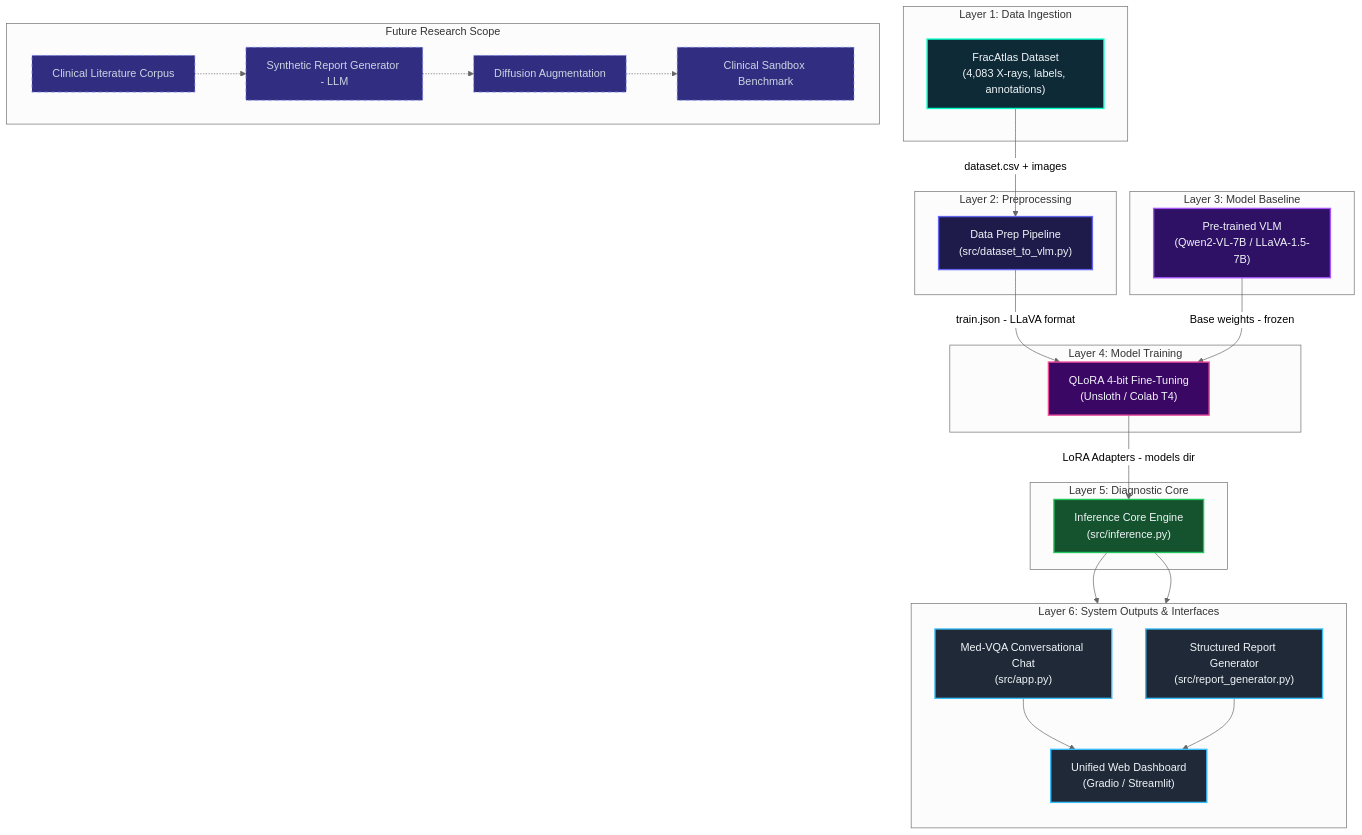
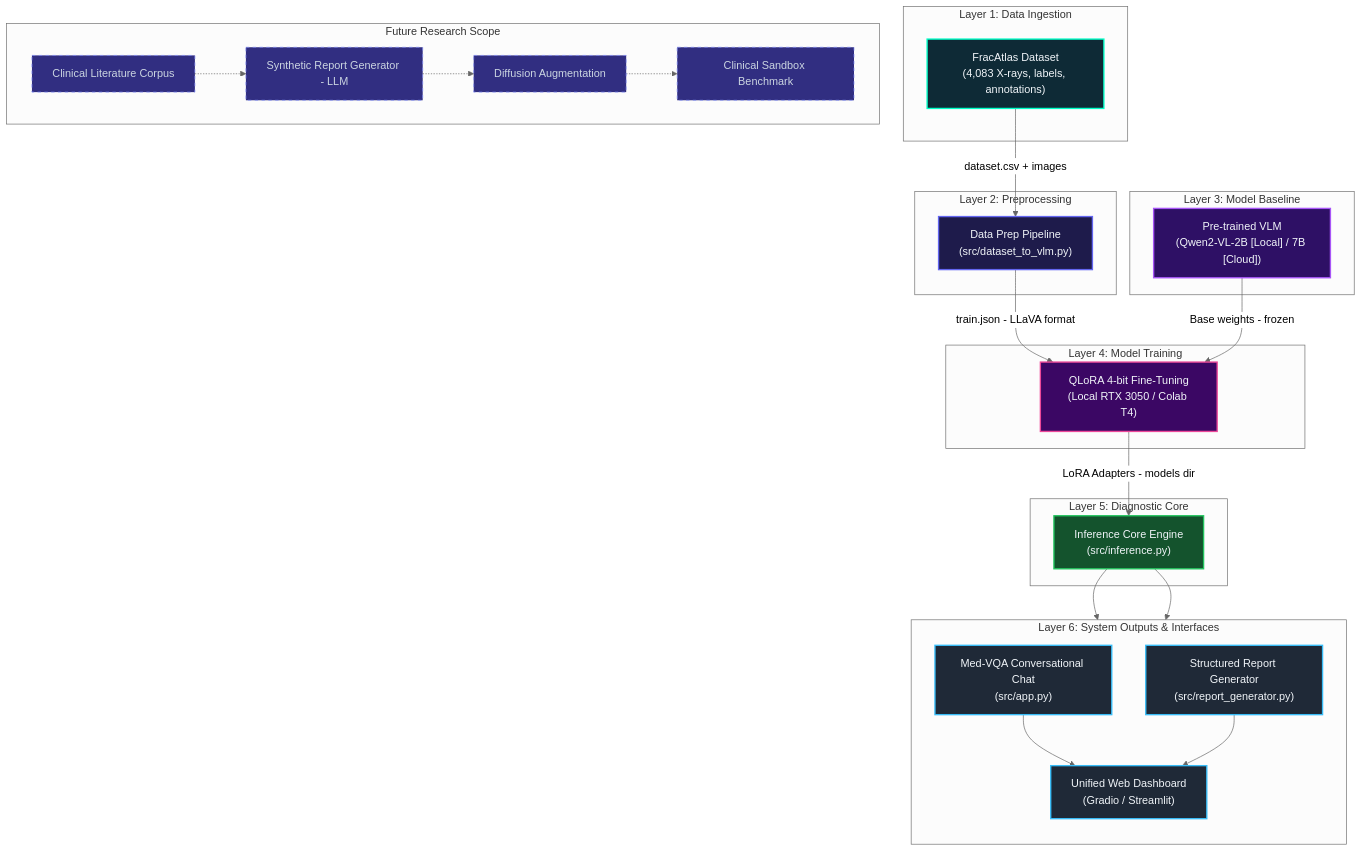
Before and after one commit to Sahanawaz233/medical-vlm-fracatlas: the diagram in ARCHITECTURE.md, drawn with Mermaid (neutral theme). The commit also changed other lines of this file and 14 other files, not shown here.

Commit message:
feat: complete VLM pipeline scaffolding, dual-engine architecture, separate live docs dashboard, and training orchestrator

````diff
--- a/ARCHITECTURE.md
+++ b/ARCHITECTURE.md
@@ -11,61 +15,61 @@
 ```mermaid
 flowchart TD
     %% Styling definitions
     classDef ingestion fill:#0e2a36,stroke:#00ffc8,stroke-width:2px,color:#f1f5f9;
     classDef preprocess fill:#1e1b4b,stroke:#6366f1,stroke-width:2px,color:#f1f5f9;
     classDef modelBase fill:#2e1065,stroke:#a855f7,stroke-width:2px,color:#f1f5f9;
     classDef training fill:#3b0764,stroke:#ec4899,stroke-width:2px,color:#f1f5f9;
     classDef inference fill:#14532d,stroke:#22c55e,stroke-width:2px,color:#f1f5f9;
     classDef outputLayer fill:#1f2937,stroke:#38bdf8,stroke-width:2px,color:#f1f5f9;
     classDef futureScope fill:#312e81,stroke:#818cf8,stroke-dasharray: 5 5,color:#cbd5e1;
 
     subgraph Layer1["Layer 1: Data Ingestion"]
         DS["FracAtlas Dataset<br/>(4,083 X-rays, labels, annotations)"]:::ingestion
     end
 
     subgraph Layer2["Layer 2: Preprocessing"]
         DP["Data Prep Pipeline<br/>(src/dataset_to_vlm.py)"]:::preprocess
     end
 
     subgraph Layer3["Layer 3: Model Baseline"]
-        PV["Pre-trained VLM<br/>(Qwen2-VL-7B / LLaVA-1.5-7B)"]:::modelBase
+        PV["Pre-trained VLM<br/>(Qwen2-VL-2B [Local] / 7B [Cloud])"]:::modelBase
     end
 
     subgraph Layer4["Layer 4: Model Training"]
-        FT["QLoRA 4-bit Fine-Tuning<br/>(Unsloth / Colab T4)"]:::training
+        FT["QLoRA 4-bit Fine-Tuning<br/>(Local RTX 3050 / Colab T4)"]:::training
     end
 
     subgraph Layer5["Layer 5: Diagnostic Core"]
         DC["Inference Core Engine<br/>(src/inference.py)"]:::inference
     end
 
     subgraph Layer6["Layer 6: System Outputs & Interfaces"]
         direction TB
         VC["Med-VQA Conversational Chat<br/>(src/app.py)"]:::outputLayer
         RG["Structured Report Generator<br/>(src/report_generator.py)"]:::outputLayer
         WD["Unified Web Dashboard<br/>(Gradio / Streamlit)"]:::outputLayer
     end
 
     subgraph LayerFuture["Future Research Scope"]
         direction LR
         CL["Clinical Literature Corpus"]:::futureScope
         SR["Synthetic Report Generator - LLM"]:::futureScope
         DA["Diffusion Augmentation"]:::futureScope
         SB["Clinical Sandbox Benchmark"]:::futureScope
     end
 
     %% Flow connections
     DS -->|dataset.csv + images| DP
     DP -->|train.json - LLaVA format| FT
     PV -->|Base weights - frozen| FT
     FT -->|LoRA Adapters - models dir| DC
     DC --> VC
     DC --> RG
     VC --> WD
     RG --> WD
 
     %% Future connections
     CL -.-> SR
     SR -.-> DA
     DA -.-> SB
 ```
````
